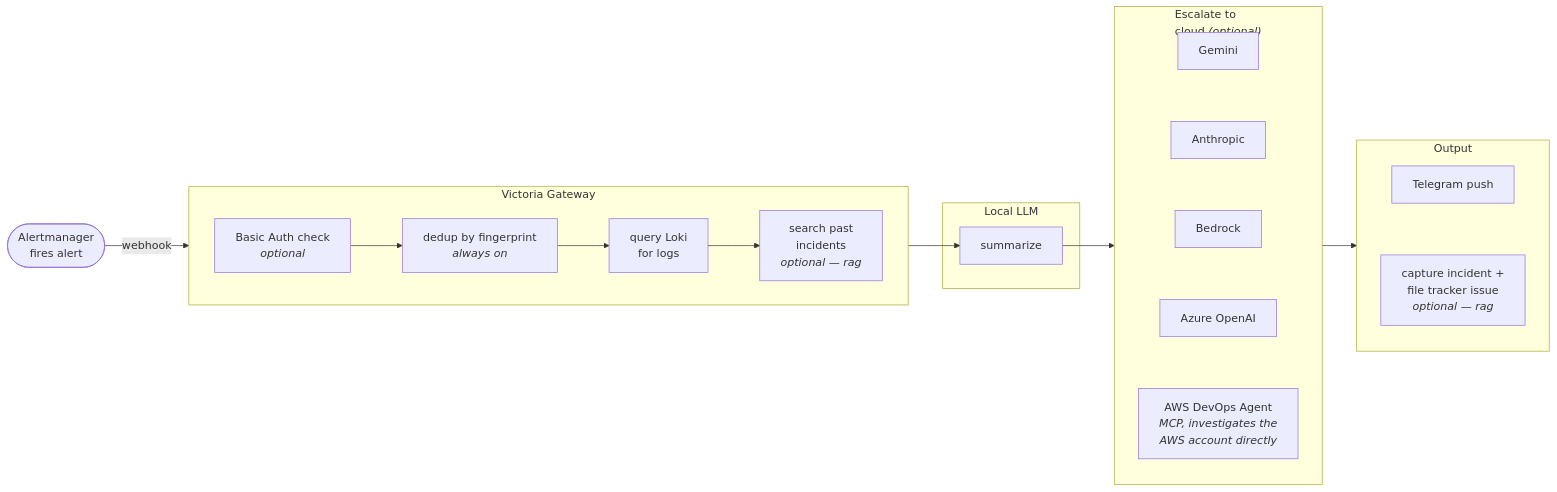
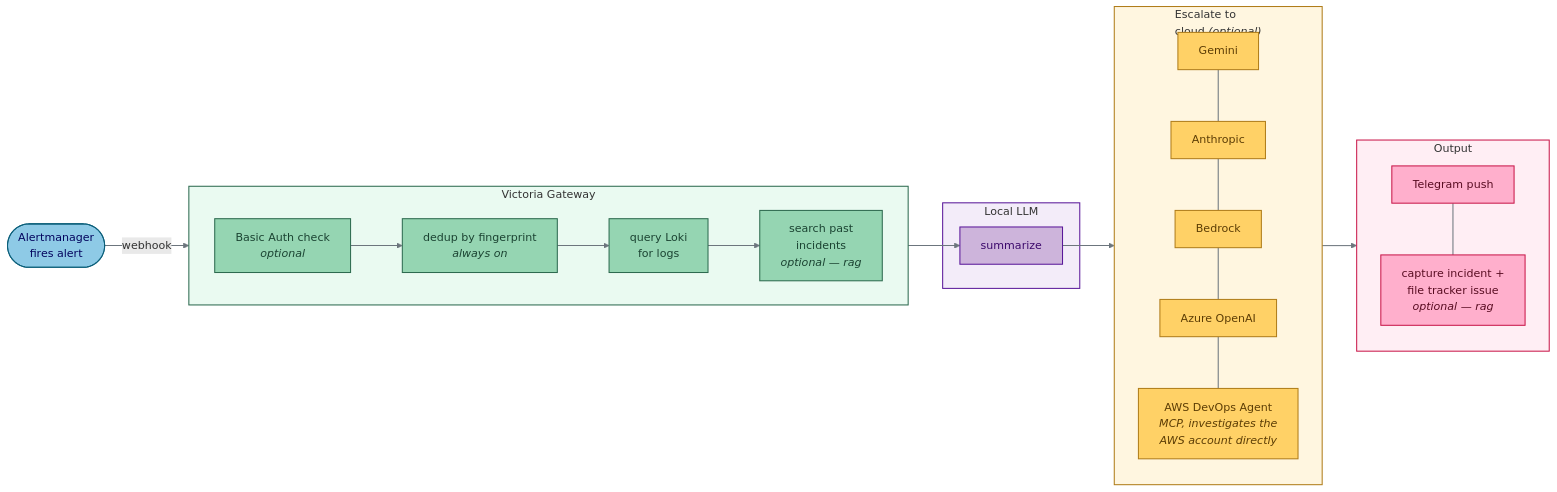
The diagram in README.md (GordonWei/victoria-gateway), drawn with Mermaid before and after one commit.

Commit message:
docs: give the swimlane diagram explicit colors per lane
GitHub's dark-mode Mermaid renderer defaults to muted grayscale for
unstyled diagrams. Added classDef/style/linkStyle so each lane (and its
connecting arrows) keeps distinct, readable color in both light and
dark GitHub themes instead of depending on the site's default theme.
Verified by rendering against both a white and a GitHub-dark (#0d1117)
background before pushing.

````diff
--- a/README.md
+++ b/README.md
@@ -32,28 +32,47 @@
 ```mermaid
 flowchart LR
     AM(["Alertmanager<br/>fires alert"]) -->|webhook| B1
 
     subgraph VG["Victoria Gateway"]
         direction LR
         B1["Basic Auth check<br/><i>optional</i>"] --> B2["dedup by fingerprint<br/><i>always on</i>"] --> B3["query Loki<br/>for logs"] --> B4["search past<br/>incidents<br/><i>optional — rag</i>"]
     end
 
     subgraph LLM["Local LLM"]
         C1["summarize"]
     end
 
     B4 --> C1
     C1 --> CLOUD
 
     subgraph CLOUD["Escalate to<br/>cloud <i>(optional)</i>"]
         direction TB
         D1["Gemini"] ~~~ D2["Anthropic"] ~~~ D3["Bedrock"] ~~~ D4["Azure OpenAI"] ~~~ D5["AWS DevOps Agent<br/><i>MCP, investigates the<br/>AWS account directly</i>"]
     end
 
     CLOUD --> OUT
 
     subgraph OUT["Output"]
         direction TB
         E1["Telegram push"] ~~~ E2["capture incident +<br/>file tracker issue<br/><i>optional — rag</i>"]
     end
+
+    classDef trigger fill:#8ecae6,stroke:#0b5f7a,stroke-width:1.5px,color:#03045e;
+    classDef gateway fill:#95d5b2,stroke:#2d6a4f,stroke-width:1.5px,color:#1b4332;
+    classDef llm fill:#cdb4db,stroke:#5a189a,stroke-width:1.5px,color:#3c096c;
+    classDef cloud fill:#ffd166,stroke:#b07d1a,stroke-width:1.5px,color:#5c3d05;
+    classDef output fill:#ffafcc,stroke:#c9184a,stroke-width:1.5px,color:#590d22;
+
+    class AM trigger;
+    class B1,B2,B3,B4 gateway;
+    class C1 llm;
+    class D1,D2,D3,D4,D5 cloud;
+    class E1,E2 output;
+
+    style VG fill:#eafaf1,stroke:#2d6a4f,stroke-width:1.5px;
+    style LLM fill:#f3ecf9,stroke:#5a189a,stroke-width:1.5px;
+    style CLOUD fill:#fff6e0,stroke:#b07d1a,stroke-width:1.5px;
+    style OUT fill:#ffeef4,stroke:#c9184a,stroke-width:1.5px;
+
+    linkStyle default stroke:#6c757d,stroke-width:1.5px;
 ```
````
